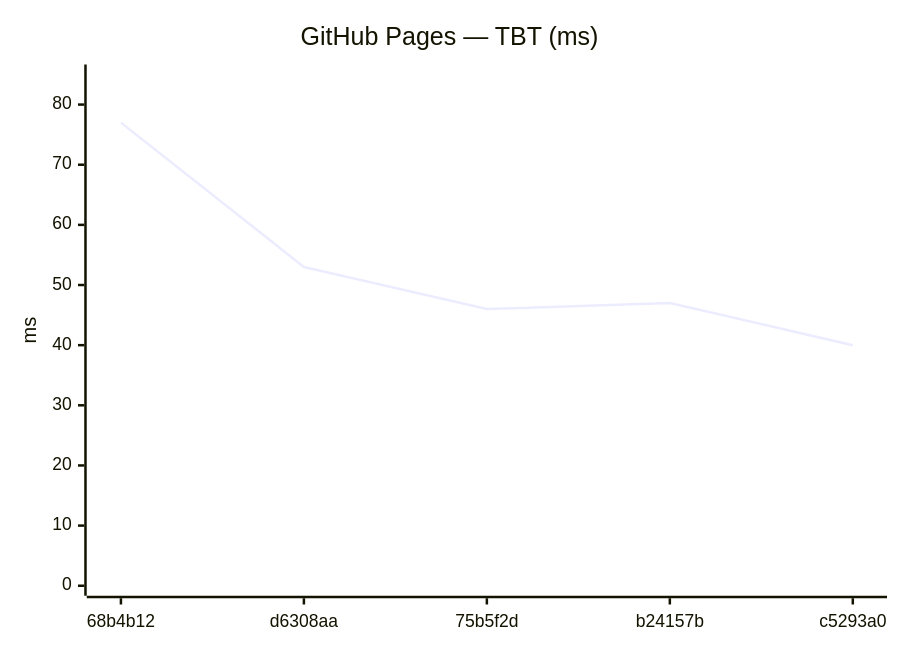
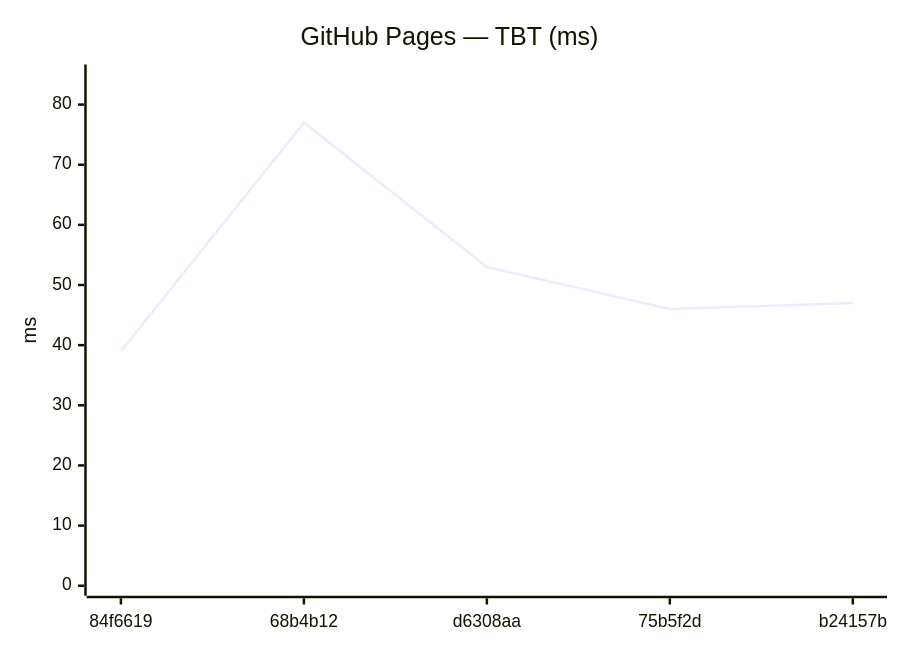
Before and after one commit to Metaheurist/Rianell: the tenth of 18 diagrams in benchmarks/compare.md, drawn with Mermaid. The commit also changed other lines of this file and 12 other files, not shown here.

````diff
--- a/benchmarks/compare.md
+++ b/benchmarks/compare.md
@@ -176,7 +149,7 @@
 ```mermaid
 xychart-beta
     title "GitHub Pages — TBT (ms)"
-    x-axis ["68b4b12", "d6308aa", "75b5f2d", "b24157b", "c5293a0"]
+    x-axis ["84f6619", "68b4b12", "d6308aa", "75b5f2d", "b24157b"]
     y-axis "ms" 0 --> 85
-    line [77, 53, 46, 47, 40]
+    line [39, 77, 53, 46, 47]
 ```
````
